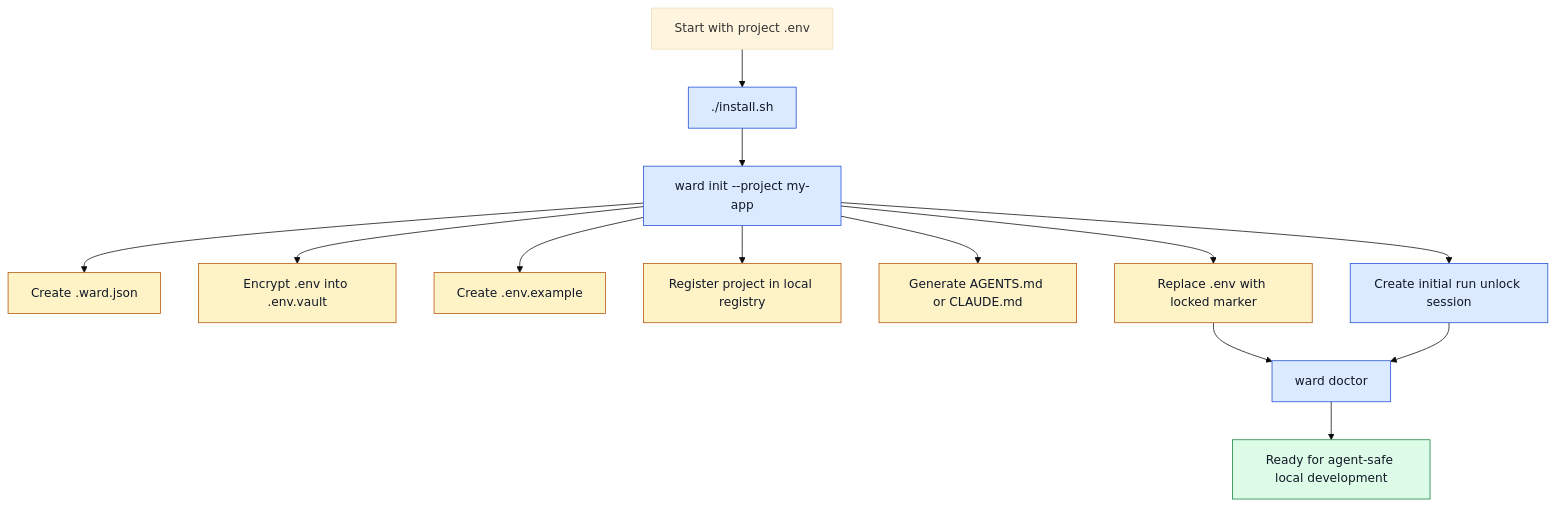
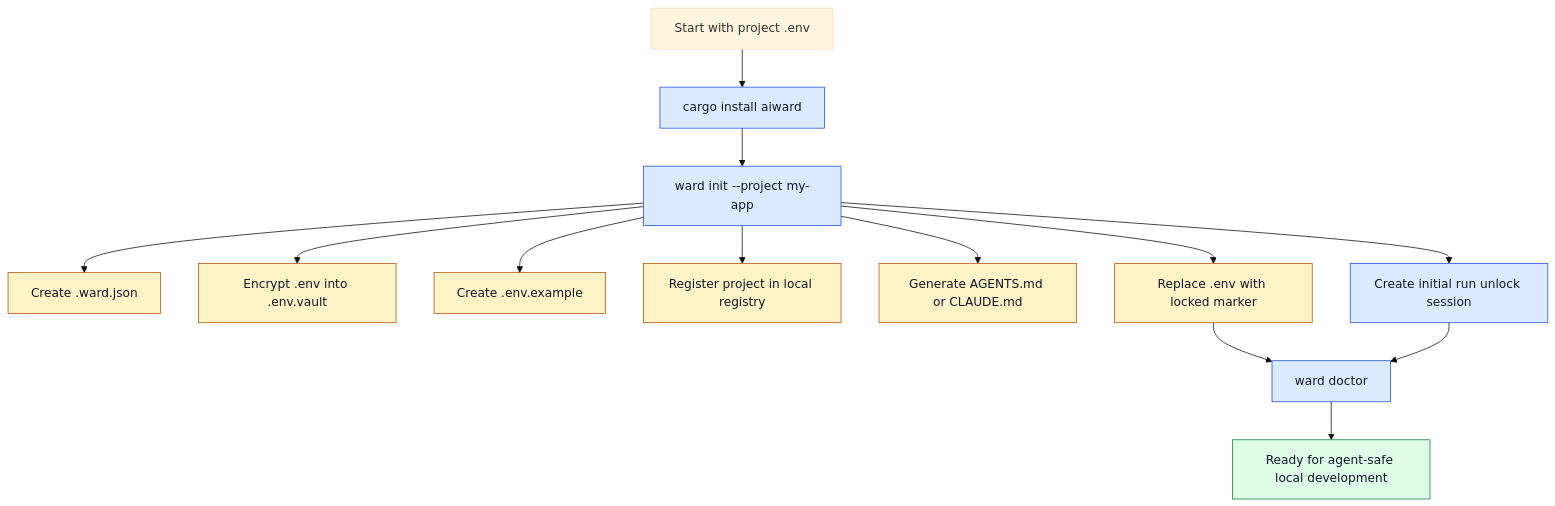
The second of 9 diagrams in docs/infographics.md (web3-claw/aiward), drawn with Mermaid (base theme) before and after one commit. The commit also changed other lines of this file and 7 other files, not shown here.

````diff
--- a/docs/infographics.md
+++ b/docs/infographics.md
@@ -42,22 +42,22 @@
 ```mermaid
 flowchart TD
-    A["Start with project .env"] --> B["./install.sh"]
+    A["Start with project .env"] --> B["cargo install aiward"]
     B --> C["ward init --project my-app"]
     C --> D["Create .ward.json"]
     C --> E["Encrypt .env into .env.vault"]
     C --> F["Create .env.example"]
     C --> G["Register project in local registry"]
     C --> H["Generate AGENTS.md or CLAUDE.md"]
     C --> I["Replace .env with locked marker"]
     C --> J["Create initial run unlock session"]
     I --> K["ward doctor"]
     J --> K
     K --> L["Ready for agent-safe local development"]
 
     classDef command fill:#dbeafe,stroke:#1d4ed8,color:#111827;
     classDef file fill:#fef3c7,stroke:#b45309,color:#111827;
     classDef done fill:#dcfce7,stroke:#15803d,color:#111827;
     class B,C,J,K command;
     class D,E,F,G,H,I file;
     class L done;
 ```
````
